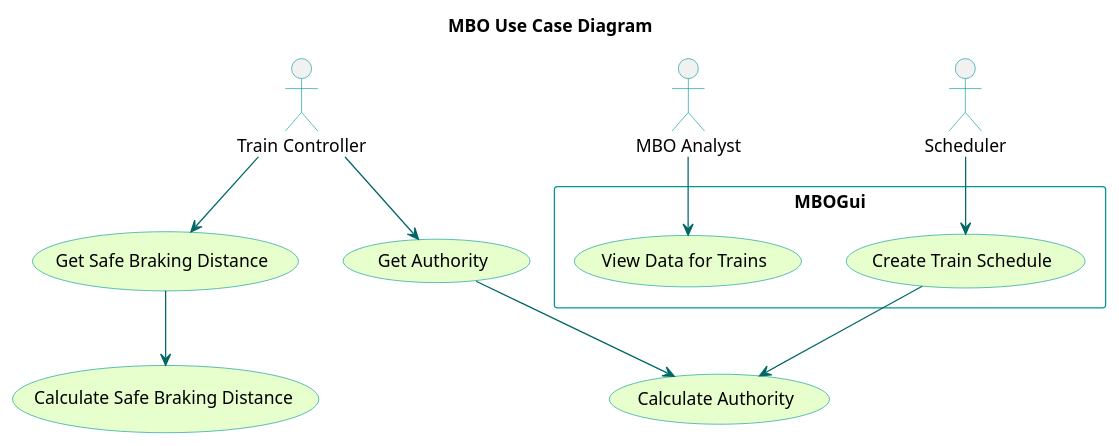
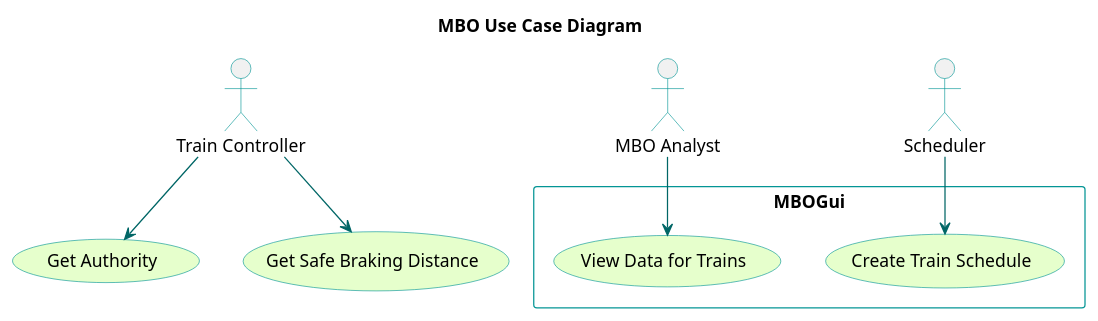
One commit to kevingilboy/COE1186 changed the diagram in TrainSystem/yUML/Usecase Diagrams/MBOUseCaseDiagram.pu. Above: the diagram before and after it, drawn with PlantUML.

Commit message:
removed needless use cases

```diff
--- a/TrainSystem/yUML/Usecase Diagrams/MBOUseCaseDiagram.pu
+++ b/TrainSystem/yUML/Usecase Diagrams/MBOUseCaseDiagram.pu
@@ -1,26 +1,23 @@
 @startuml
 title MBO Use Case Diagram
 
 skinparam usecaseBackgroundColor #e6ffcc
 skinparam usecaseBorderColor 	#049595
 skinparam actorBorderColor 	#049595
 skinparam packageBorderCOlor  #049595
 skinparam arrowColor #006666
 
 :Train Controller: as tc
 :MBO Analyst: as ma
 :Scheduler: as s
 
 rectangle MBOGui{
 	(View Data for Trains)
 	(Create Train Schedule)
 }
 
 ma --> (View Data for Trains)
 tc --> (Get Authority)
 tc --> (Get Safe Braking Distance)
 s --> (Create Train Schedule)
-(Get Authority) --> (Calculate Authority)
-(Create Train Schedule) --> (Calculate Authority)
-(Get Safe Braking Distance) --> (Calculate Safe Braking Distance)
 @enduml
```
